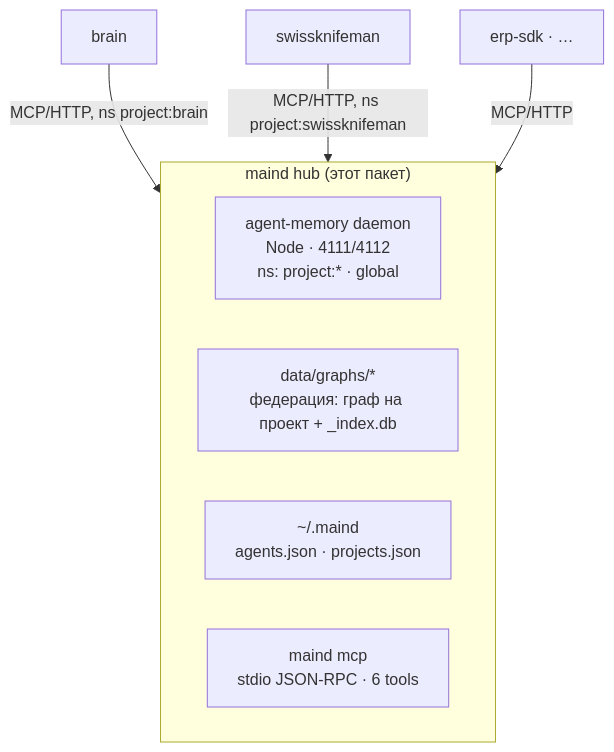
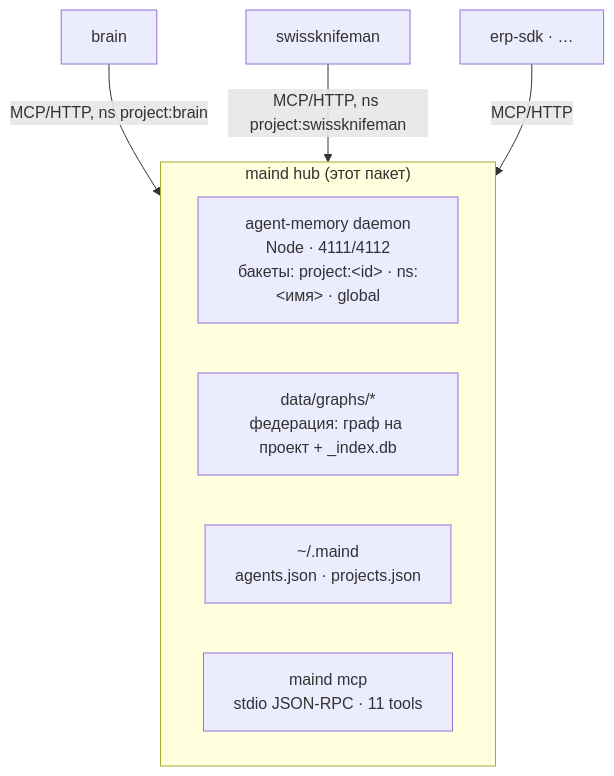
Before and after one commit to academici/swissknifeman: the first of 2 diagrams in docs/architecture.md, drawn with Mermaid. The commit also changed other lines of this file and 21 other files, not shown here.

````diff
--- a/docs/architecture.md
+++ b/docs/architecture.md
@@ -12,12 +12,12 @@
 ```mermaid
 graph TD
   subgraph hub["maind hub (этот пакет)"]
-    M["agent-memory daemon<br/>Node · 4111/4112<br/>ns: project:* · global"]
+    M["agent-memory daemon<br/>Node · 4111/4112<br/>бакеты: project:&lt;id&gt; · ns:&lt;имя&gt; · global"]
     G["data/graphs/*<br/>федерация: граф на проект + _index.db"]
     R["~/.maind<br/>agents.json · projects.json"]
-    MCP["maind mcp<br/>stdio JSON-RPC · 6 tools"]
+    MCP["maind mcp<br/>stdio JSON-RPC · 11 tools"]
   end
   brain -->|MCP/HTTP, ns project:brain| hub
   swissknifeman -->|MCP/HTTP, ns project:swissknifeman| hub
   erp["erp-sdk · …"] -->|MCP/HTTP| hub
 ```
````
